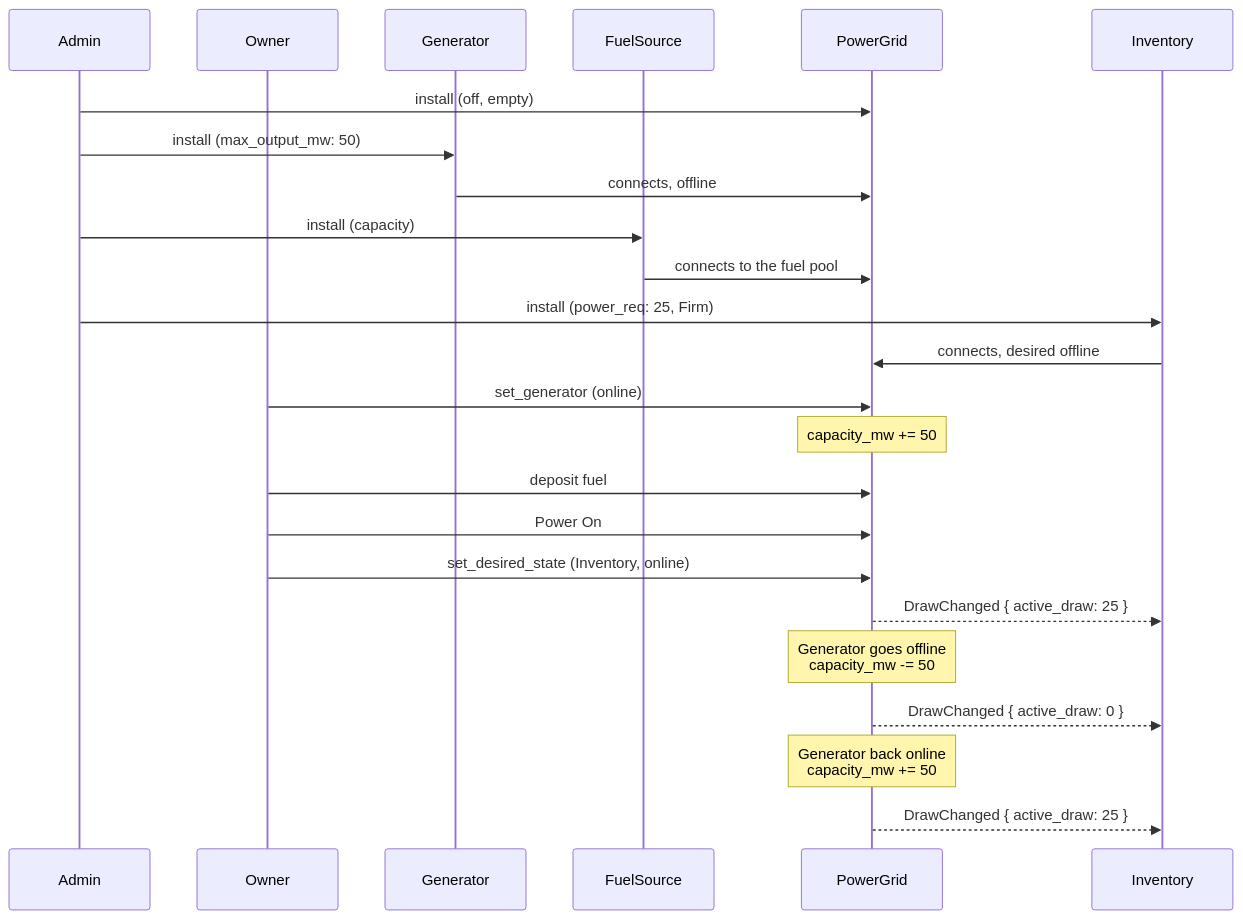
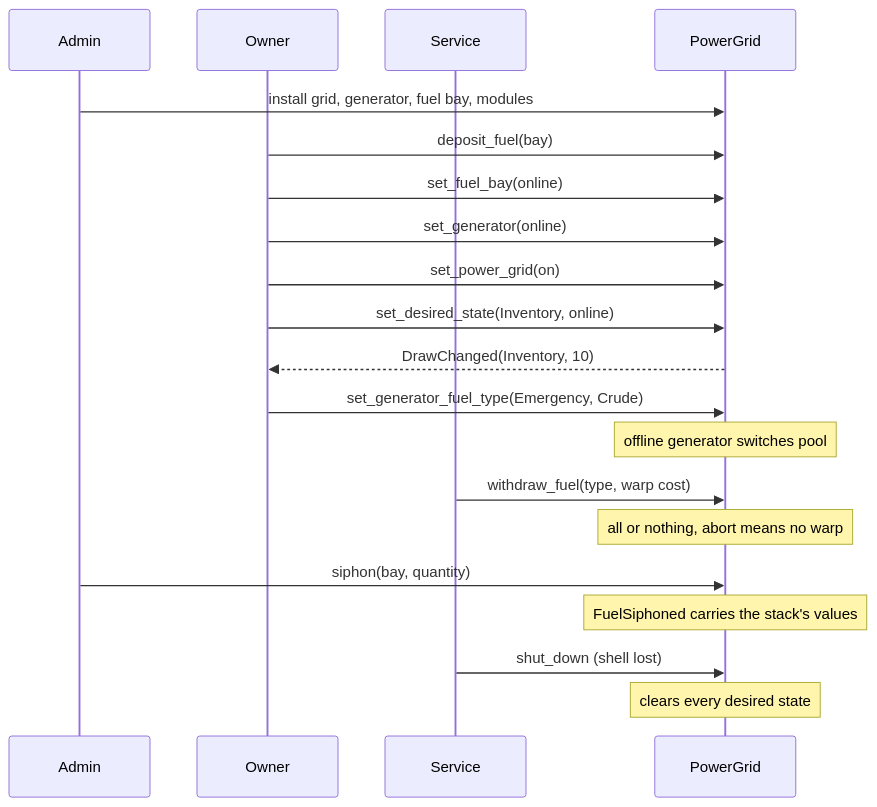
One commit to evefrontier/world-contracts changed the second of 2 diagrams in docs/adr/0005-onchain-power-network.md. Above: the diagram before and after it, drawn with Mermaid. The commit also changed other lines of this file and 40 other files, not shown here.

````diff
--- a/docs/adr/0005-onchain-power-network.md
+++ b/docs/adr/0005-onchain-power-network.md
@@ -69,29 +82,27 @@
 ```mermaid
 sequenceDiagram
     participant Admin
     participant Owner
-    participant Generator
-    participant FuelSource
-    participant PowerGrid
-    participant Inventory
+    participant Service
+    participant Grid as PowerGrid
 
-    Admin->>PowerGrid: install (off, empty)
-    Admin->>Generator: install (max_output_mw: 50)
-    Generator->>PowerGrid: connects, offline
-    Admin->>FuelSource: install (capacity)
-    FuelSource->>PowerGrid: connects to the fuel pool
-    Admin->>Inventory: install (power_req: 25, Firm)
-    Inventory->>PowerGrid: connects, desired offline
-    Owner->>PowerGrid: set_generator (online)
-    Note over PowerGrid: capacity_mw += 50
-    Owner->>PowerGrid: deposit fuel
-    Owner->>PowerGrid: Power On
-    Owner->>PowerGrid: set_desired_state (Inventory, online)
-    PowerGrid-->>Inventory: DrawChanged { active_draw: 25 }
+    Admin->>Grid: install grid, generator, fuel bay, modules
+    Owner->>Grid: deposit_fuel(bay)
+    Owner->>Grid: set_fuel_bay(online)
+    Owner->>Grid: set_generator(online)
+    Owner->>Grid: set_power_grid(on)
+    Owner->>Grid: set_desired_state(Inventory, online)
+    Grid-->>Owner: DrawChanged(Inventory, 10)
 
-    Note over PowerGrid: Generator goes offline<br/>capacity_mw -= 50
-    PowerGrid-->>Inventory: DrawChanged { active_draw: 0 }
+    Owner->>Grid: set_generator_fuel_type(Emergency, Crude)
+    Note over Grid: offline generator switches pool
 
-    Note over PowerGrid: Generator back online<br/>capacity_mw += 50
-    PowerGrid-->>Inventory: DrawChanged { active_draw: 25 }
+    Service->>Grid: withdraw_fuel(type, warp cost)
+    Note over Grid: all or nothing, abort means no warp
+
+    Admin->>Grid: siphon(bay, quantity)
+    Note over Grid: FuelSiphoned carries the stack's values
+
+    Service->>Grid: shut_down (shell lost)
+    Note over Grid: clears every desired state
 ```
````
